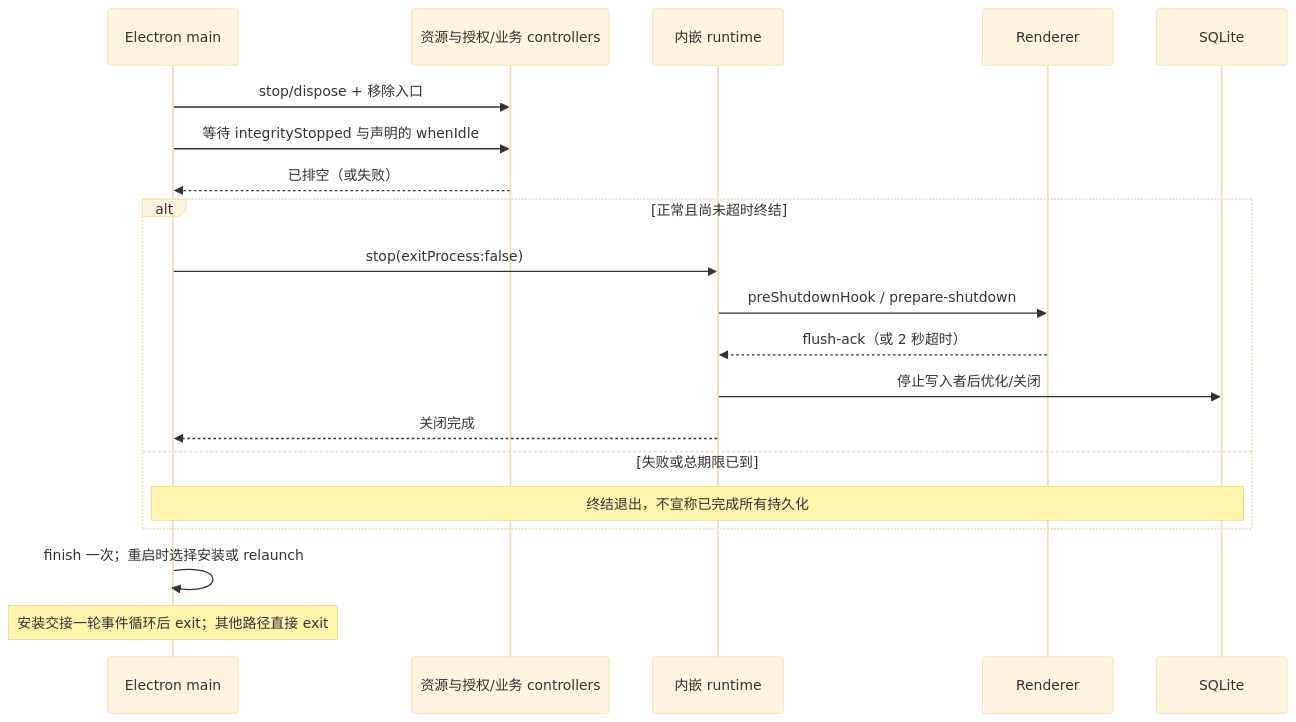
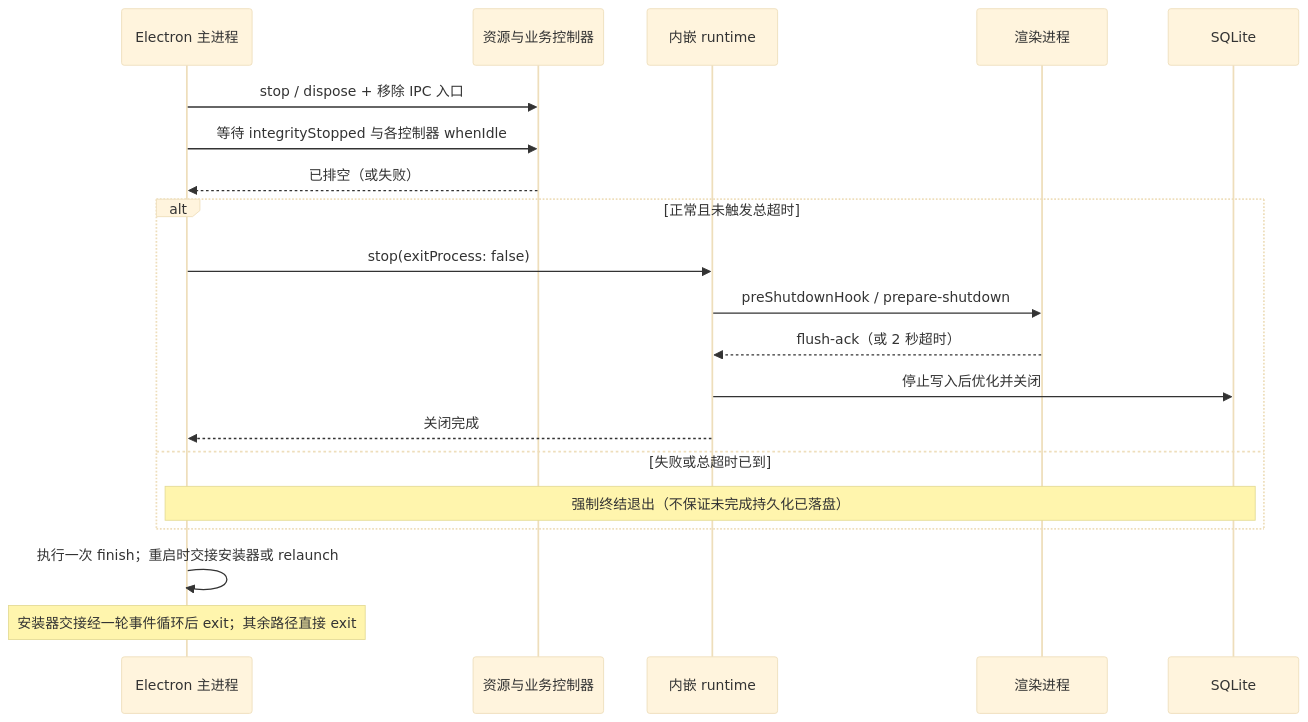
The diagram in docs/reference/desktop/main.md (AuroraWhisperer/LIRA), drawn with Mermaid (base theme) before and after one commit. The commit also changed other lines of this file and 959 other files, not shown here.

````diff
--- a/docs/reference/desktop/main.md
+++ b/docs/reference/desktop/main.md
@@ -519,22 +231,22 @@
 ```mermaid
 sequenceDiagram
-  participant Main as Electron main
-  participant Owners as 资源与授权/业务 controllers
+  participant Main as Electron 主进程
+  participant Controllers as 资源与业务控制器
   participant Runtime as 内嵌 runtime
-  participant Renderer
+  participant Renderer as 渲染进程
   participant DB as SQLite
-  Main->>Owners: stop/dispose + 移除入口
-  Main->>Owners: 等待 integrityStopped 与声明的 whenIdle
-  Owners-->>Main: 已排空（或失败）
-  alt 正常且尚未超时终结
-    Main->>Runtime: stop(exitProcess:false)
+  Main->>Controllers: stop / dispose + 移除 IPC 入口
+  Main->>Controllers: 等待 integrityStopped 与各控制器 whenIdle
+  Controllers-->>Main: 已排空（或失败）
+  alt 正常且未触发总超时
+    Main->>Runtime: stop(exitProcess: false)
     Runtime->>Renderer: preShutdownHook / prepare-shutdown
     Renderer-->>Runtime: flush-ack（或 2 秒超时）
-    Runtime->>DB: 停止写入者后优化/关闭
+    Runtime->>DB: 停止写入后优化并关闭
     Runtime-->>Main: 关闭完成
-  else 失败或总期限已到
-    Note over Main,DB: 终结退出，不宣称已完成所有持久化
+  else 失败或总超时已到
+    Note over Main,DB: 强制终结退出（不保证未完成持久化已落盘）
   end
-  Main->>Main: finish 一次；重启时选择安装或 relaunch
-  Note over Main: 安装交接一轮事件循环后 exit；其他路径直接 exit
+  Main->>Main: 执行一次 finish；重启时交接安装器或 relaunch
+  Note over Main: 安装器交接经一轮事件循环后 exit；其余路径直接 exit
 ```
````
